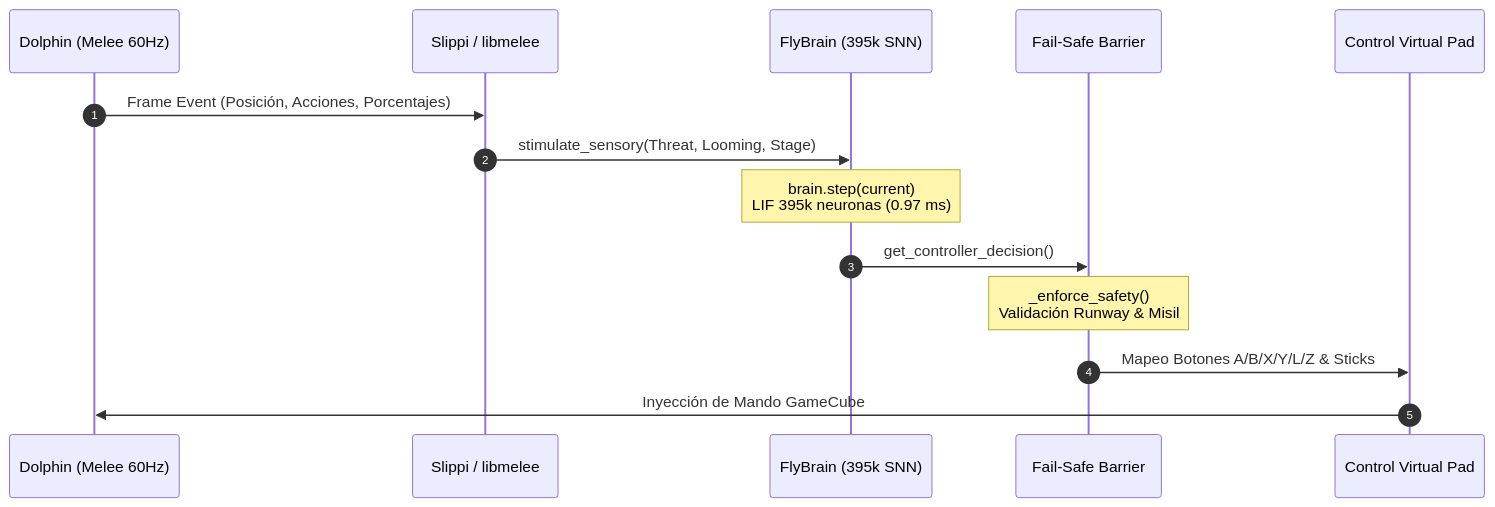
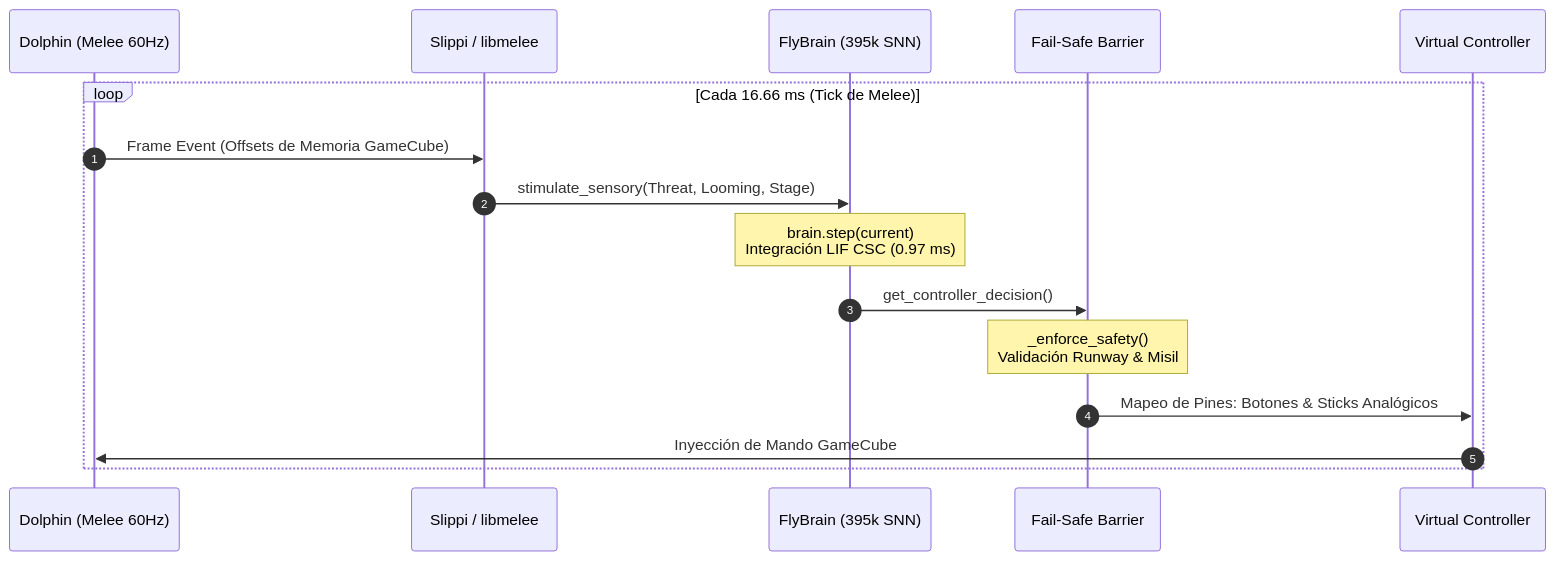
Before and after one commit to LATAR-web/fly-melee: the third of 3 diagrams in README_TECNICO.md, drawn with Mermaid. The commit also changed other lines of this file, not shown here.

Commit message:
docs(technical): elaborate comprehensive library rationale, memory architecture and system internals in README_TECNICO.md

````diff
--- a/README_TECNICO.md
+++ b/README_TECNICO.md
@@ -275,17 +335,19 @@
 ```mermaid
 sequenceDiagram
     autonumber
     participant D as Dolphin (Melee 60Hz)
     participant S as Slippi / libmelee
     participant B as FlyBrain (395k SNN)
     participant F as Fail-Safe Barrier
-    participant C as Control Virtual Pad
+    participant C as Virtual Controller
 
-    D->>S: Frame Event (Posición, Acciones, Porcentajes)
-    S->>B: stimulate_sensory(Threat, Looming, Stage)
-    Note over B: brain.step(current)<br/>LIF 395k neuronas (0.97 ms)
-    B->>F: get_controller_decision()
-    Note over F: _enforce_safety()<br/>Validación Runway & Misil
-    F->>C: Mapeo Botones A/B/X/Y/L/Z & Sticks
-    C->>D: Inyección de Mando GameCube
+    loop Cada 16.66 ms (Tick de Melee)
+        D->>S: Frame Event (Offsets de Memoria GameCube)
+        S->>B: stimulate_sensory(Threat, Looming, Stage)
+        Note over B: brain.step(current)<br/>Integración LIF CSC (0.97 ms)
+        B->>F: get_controller_decision()
+        Note over F: _enforce_safety()<br/>Validación Runway & Misil
+        F->>C: Mapeo de Pines: Botones & Sticks Analógicos
+        C->>D: Inyección de Mando GameCube
+    end
 ```
````
